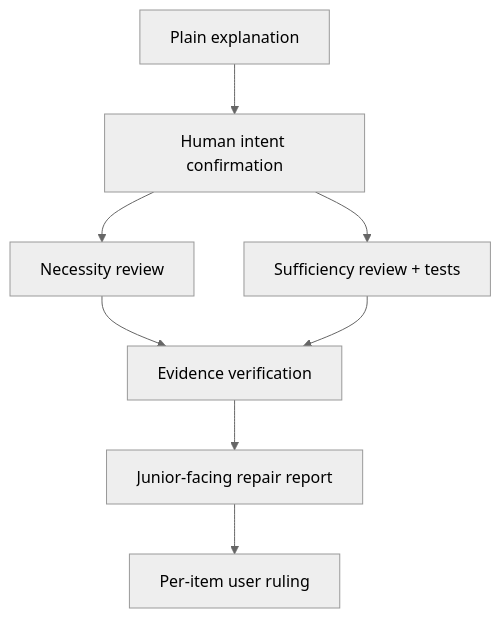
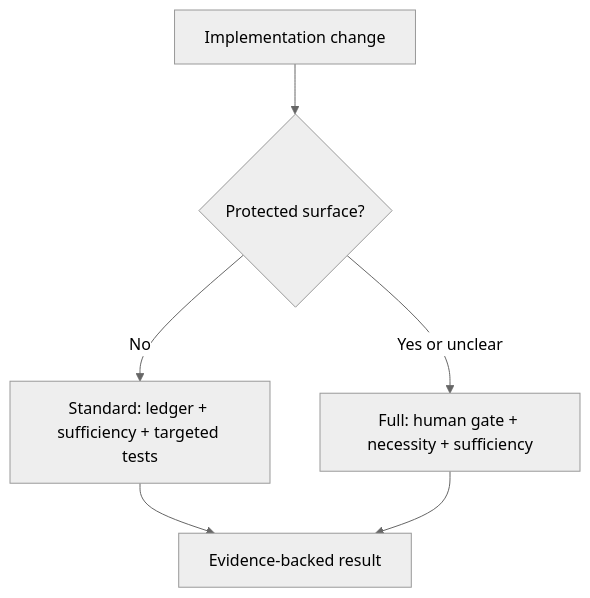
One commit to haandol/alps-writer-mcp changed the diagram in plugins/adr-writer/skills/adr-impl-review/SKILL.md. Above: the diagram before and after it, drawn with Mermaid (neutral theme). The commit also changed other lines of this file and 59 other files, not shown here.

````diff
--- a/plugins/adr-writer/skills/adr-impl-review/SKILL.md
+++ b/plugins/adr-writer/skills/adr-impl-review/SKILL.md
@@ -11,10 +11,8 @@
 ```mermaid
 flowchart TD
-    EXPLAIN["Plain explanation"] --> GATE["Human intent confirmation"]
-    GATE --> NEC["Necessity review"]
-    GATE --> SUF["Sufficiency review + tests"]
-    NEC --> EVID["Evidence verification"]
-    SUF --> EVID
-    EVID --> REPORT["Junior-facing repair report"]
-    REPORT --> RULING["Per-item user ruling"]
+    CHANGE["Implementation change"] --> RISK{"Protected surface?"}
+    RISK -->|No| STANDARD["Standard: ledger + sufficiency + targeted tests"]
+    RISK -->|Yes or unclear| FULL["Full: human gate + necessity + sufficiency"]
+    STANDARD --> RULING["Evidence-backed result"]
+    FULL --> RULING
 ```
````
